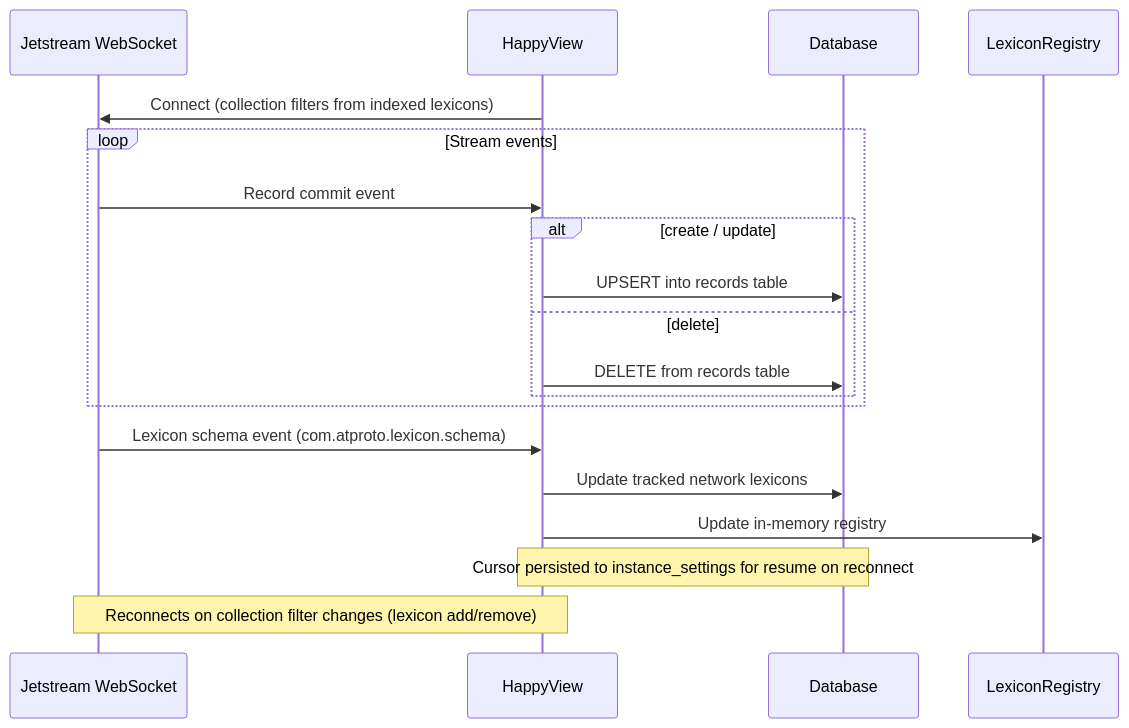
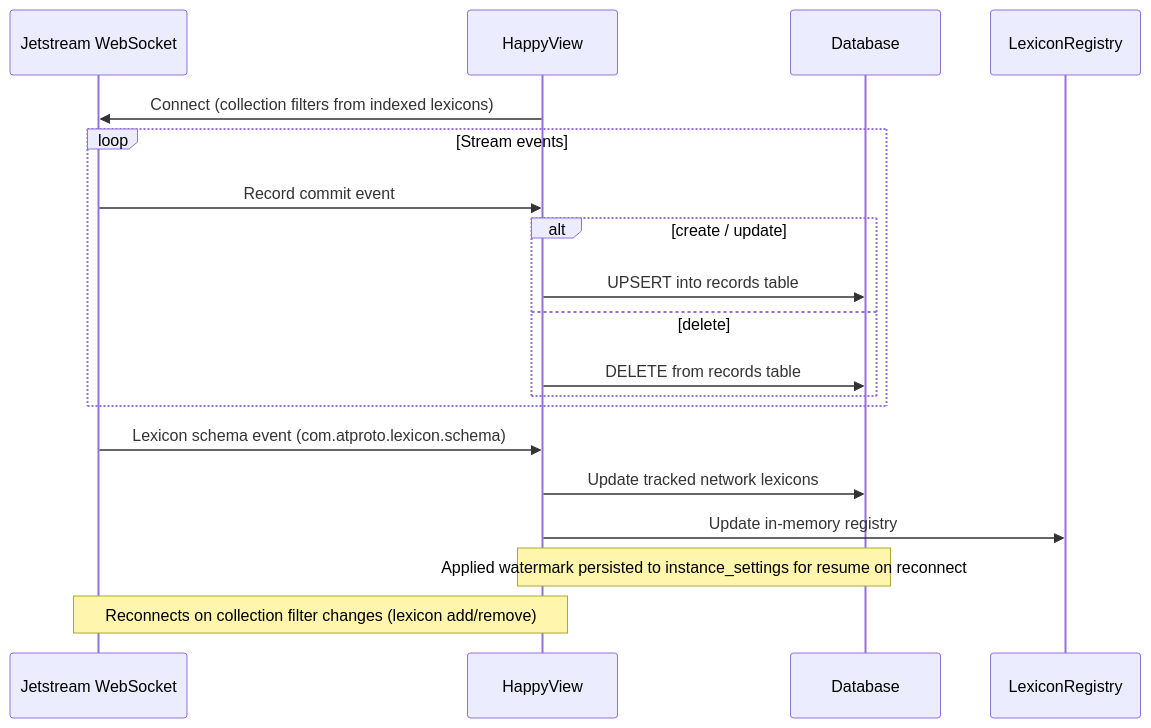
The fifth of 6 diagrams in packages/docs/content/docs/reference/architecture.md (gamesgamesgamesgamesgames/happyview), drawn with Mermaid before and after one commit. The commit also changed other lines of this file and 4 other files, not shown here.

````diff
--- a/packages/docs/content/docs/reference/architecture.md
+++ b/packages/docs/content/docs/reference/architecture.md
@@ -123,22 +123,22 @@
 ```mermaid
 sequenceDiagram
     participant J as Jetstream WebSocket
     participant H as HappyView
     participant D as Database
     participant R as LexiconRegistry
 
     H->>J: Connect (collection filters from indexed lexicons)
     loop Stream events
         J->>H: Record commit event
         alt create / update
             H->>D: UPSERT into records table
         else delete
             H->>D: DELETE from records table
         end
     end
     J->>H: Lexicon schema event (com.atproto.lexicon.schema)
     H->>D: Update tracked network lexicons
     H->>R: Update in-memory registry
-    Note over H,D: Cursor persisted to instance_settings for resume on reconnect
+    Note over H,D: Applied watermark persisted to instance_settings for resume on reconnect
     Note over H,J: Reconnects on collection filter changes (lexicon add/remove)
 ```
````
